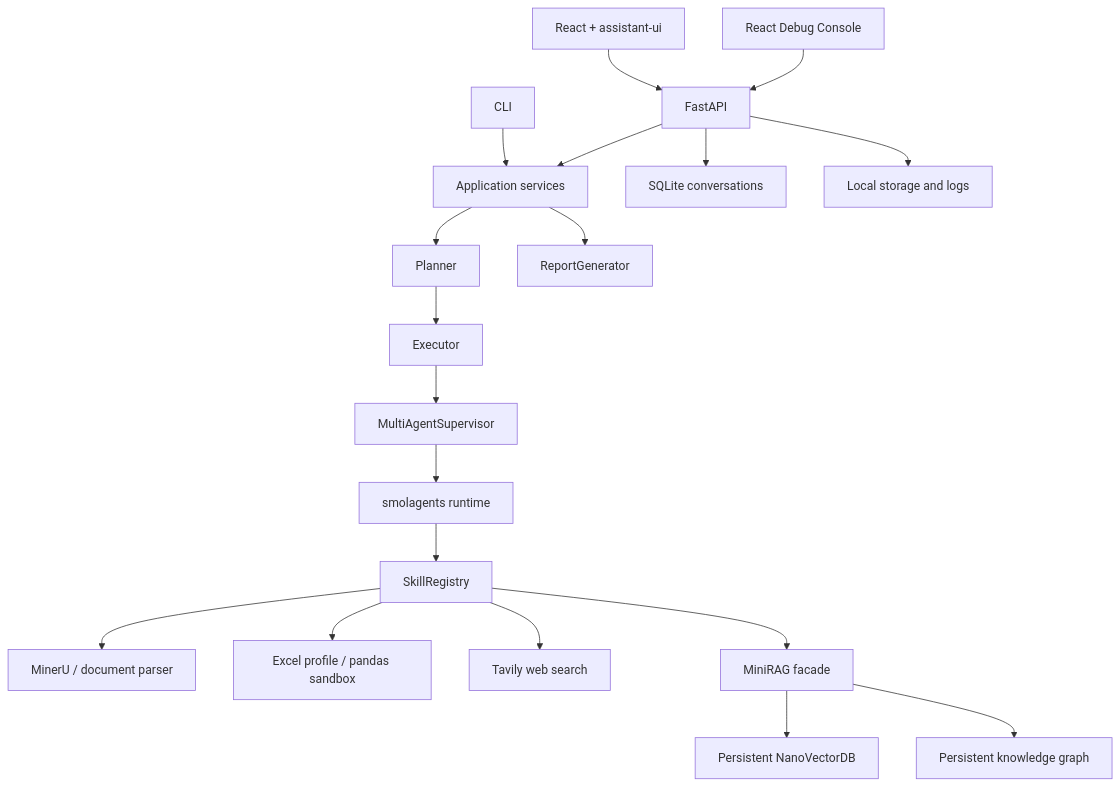
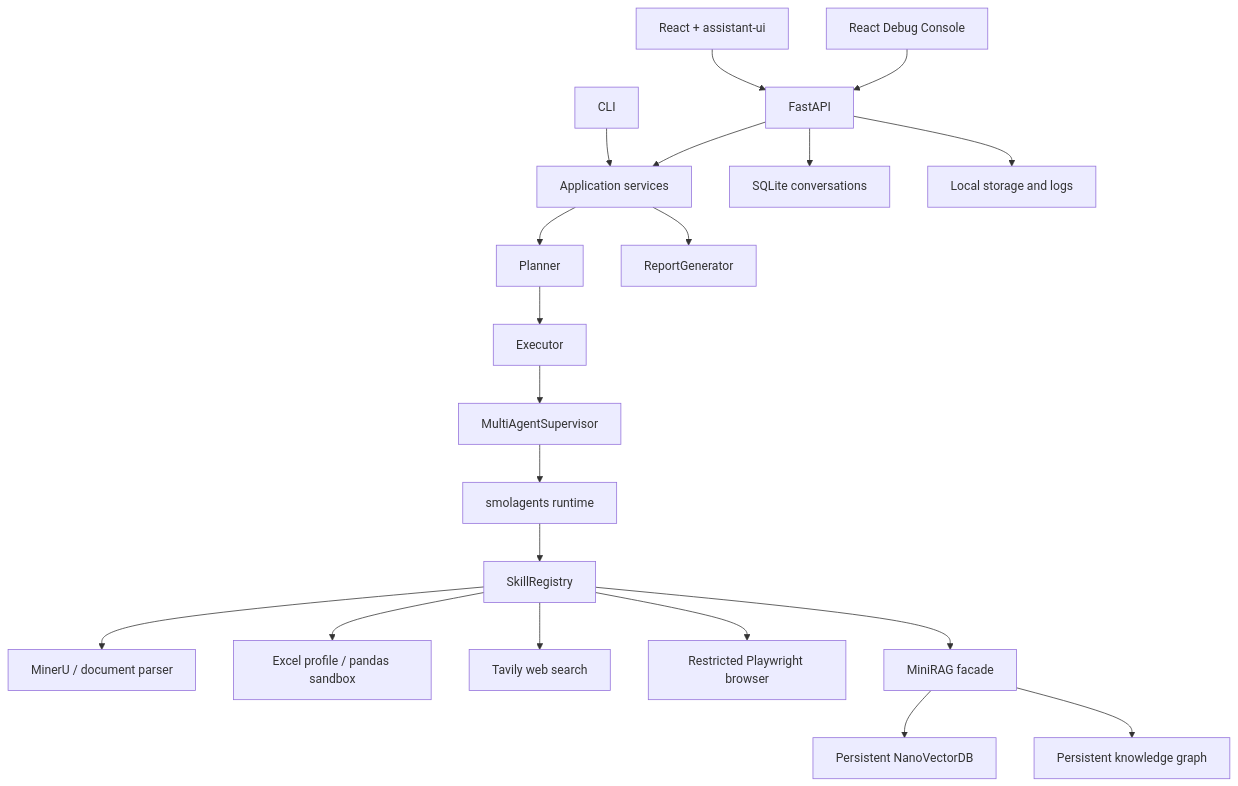
One commit to eThAN02010506/PersonalAIProject changed the diagram in README.md. Above: the diagram before and after it, drawn with Mermaid. The commit also changed other lines of this file and 34 other files, not shown here.

````diff
--- a/README.md
+++ b/README.md
@@ -28,24 +28,25 @@
 ```mermaid
 flowchart TD
     UI["React + assistant-ui"] --> API["FastAPI"]
     DEBUG["React Debug Console"] --> API
     CLI["CLI"] --> CORE["Application services"]
     API --> CORE
 
     CORE --> PLAN["Planner"]
     PLAN --> EXEC["Executor"]
     EXEC --> SUP["MultiAgentSupervisor"]
     SUP --> SMOL["smolagents runtime"]
     SMOL --> REG["SkillRegistry"]
 
     REG --> DOC["MinerU / document parser"]
     REG --> XLS["Excel profile / pandas sandbox"]
     REG --> WEB["Tavily web search"]
+    REG --> BROWSER["Restricted Playwright browser"]
     REG --> MEM["MiniRAG facade"]
     MEM --> VEC["Persistent NanoVectorDB"]
     MEM --> GRAPH["Persistent knowledge graph"]
 
     CORE --> REPORT["ReportGenerator"]
     API --> SQLITE["SQLite conversations"]
     API --> STORAGE["Local storage and logs"]
 ```
````
